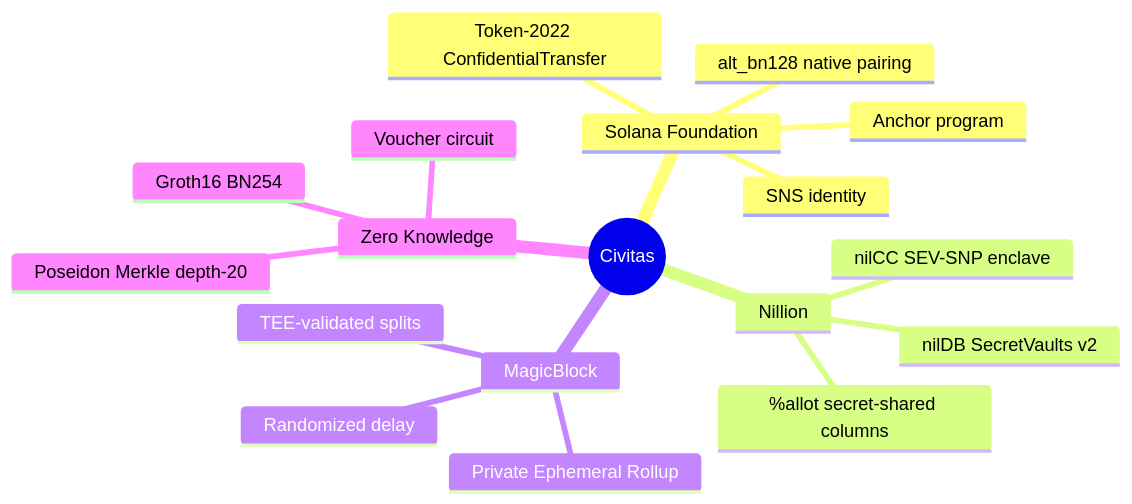
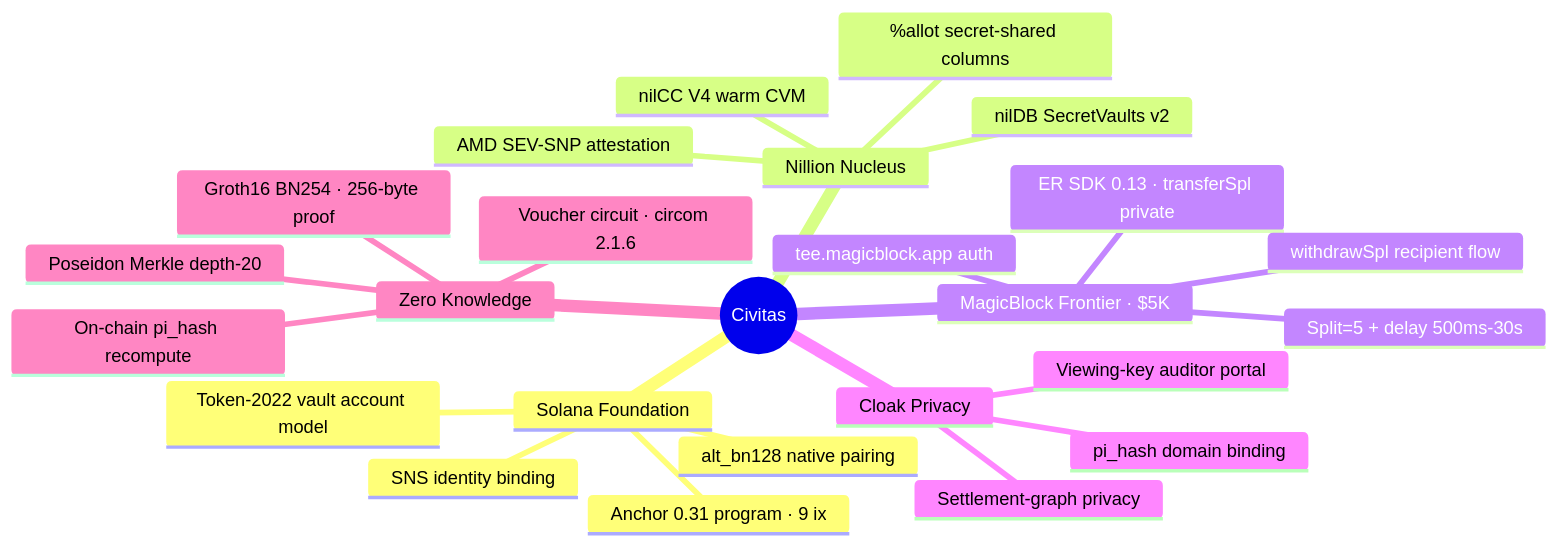
One commit to MeetCivitas/Civitas-SOL changed the fifth of 5 diagrams in README.md. Above: the diagram before and after it, drawn with Mermaid. The commit also changed other lines of this file and 9 other files, not shown here.

````diff
--- a/README.md
+++ b/README.md
@@ -331,21 +456,28 @@
 ```mermaid
 mindmap
   root((Civitas))
     Solana Foundation
-      Token-2022 ConfidentialTransfer
       alt_bn128 native pairing
-      Anchor program
-      SNS identity
-    Nillion
+      Anchor 0.31 program · 9 ix
+      Token-2022 vault account model
+      SNS identity binding
+    Nillion Nucleus
       nilDB SecretVaults v2
-      nilCC SEV-SNP enclave
+      nilCC V4 warm CVM
       %allot secret-shared columns
-    MagicBlock
-      Private Ephemeral Rollup
-      TEE-validated splits
-      Randomized delay
+      AMD SEV-SNP attestation
+    MagicBlock Frontier · $5K
+      ER SDK 0.13 · transferSpl private
+      Split=5 + delay 500ms-30s
+      tee.magicblock.app auth
+      withdrawSpl recipient flow
+    Cloak Privacy
+      Viewing-key auditor portal
+      Settlement-graph privacy
+      pi_hash domain binding
     Zero Knowledge
-      Voucher circuit
-      Groth16 BN254
+      Voucher circuit · circom 2.1.6
+      Groth16 BN254 · 256-byte proof
       Poseidon Merkle depth-20
+      On-chain pi_hash recompute
 ```
````
